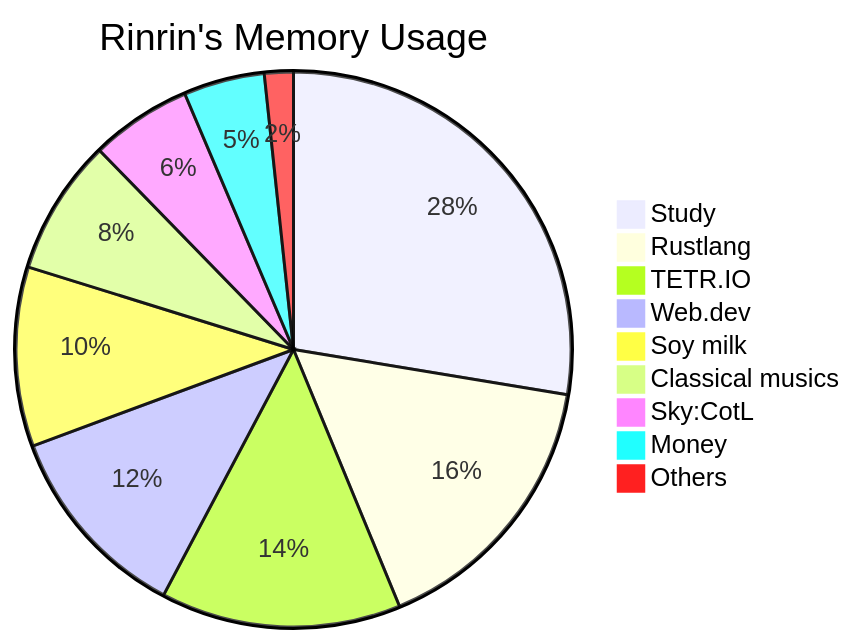
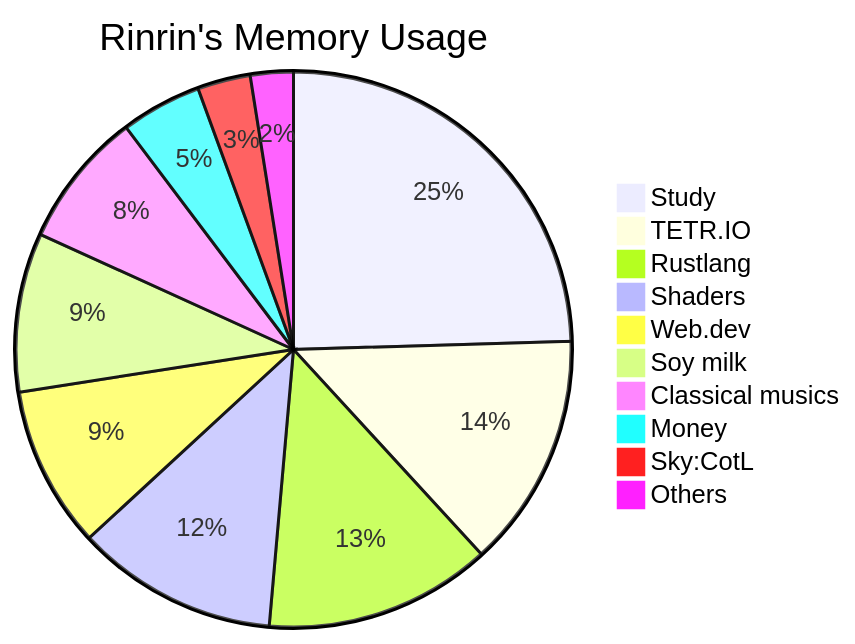
The diagram in README.md (Rinrin0413/Rinrin0413), drawn with Mermaid before and after one commit.

Commit message:
Update:Rinrin's Memory Usage

````diff
--- a/README.md
+++ b/README.md
@@ -74,12 +74,13 @@
 ```mermaid
 pie title Rinrin's Memory Usage
-    "Study": 164
-    "Rustlang": 96
-    "TETR.IO": 83
-    "Web.dev": 69
-    "Soy milk": 62
-    "Classical musics": 47
-    "Sky:CotL": 35
-    "Money": 28
-    "Others": 10
+    "Study": 167
+    "TETR.IO": 93
+    "Rustlang": 90
+    "Shaders": 80
+    "Web.dev": 64
+    "Soy milk": 63
+    "Classical musics": 54
+    "Money": 32
+    "Sky:CotL": 21
+    "Others": 17
 ```
````
